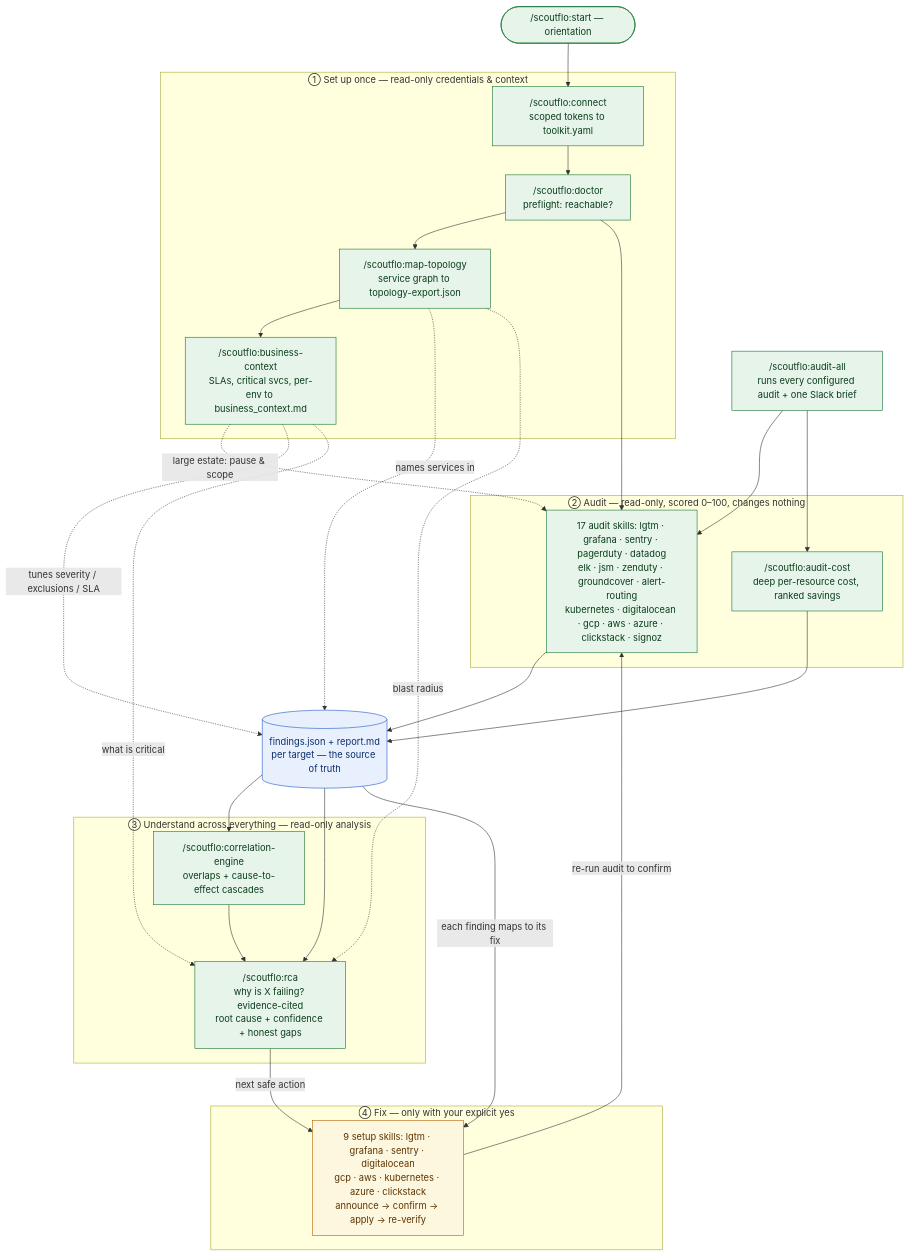
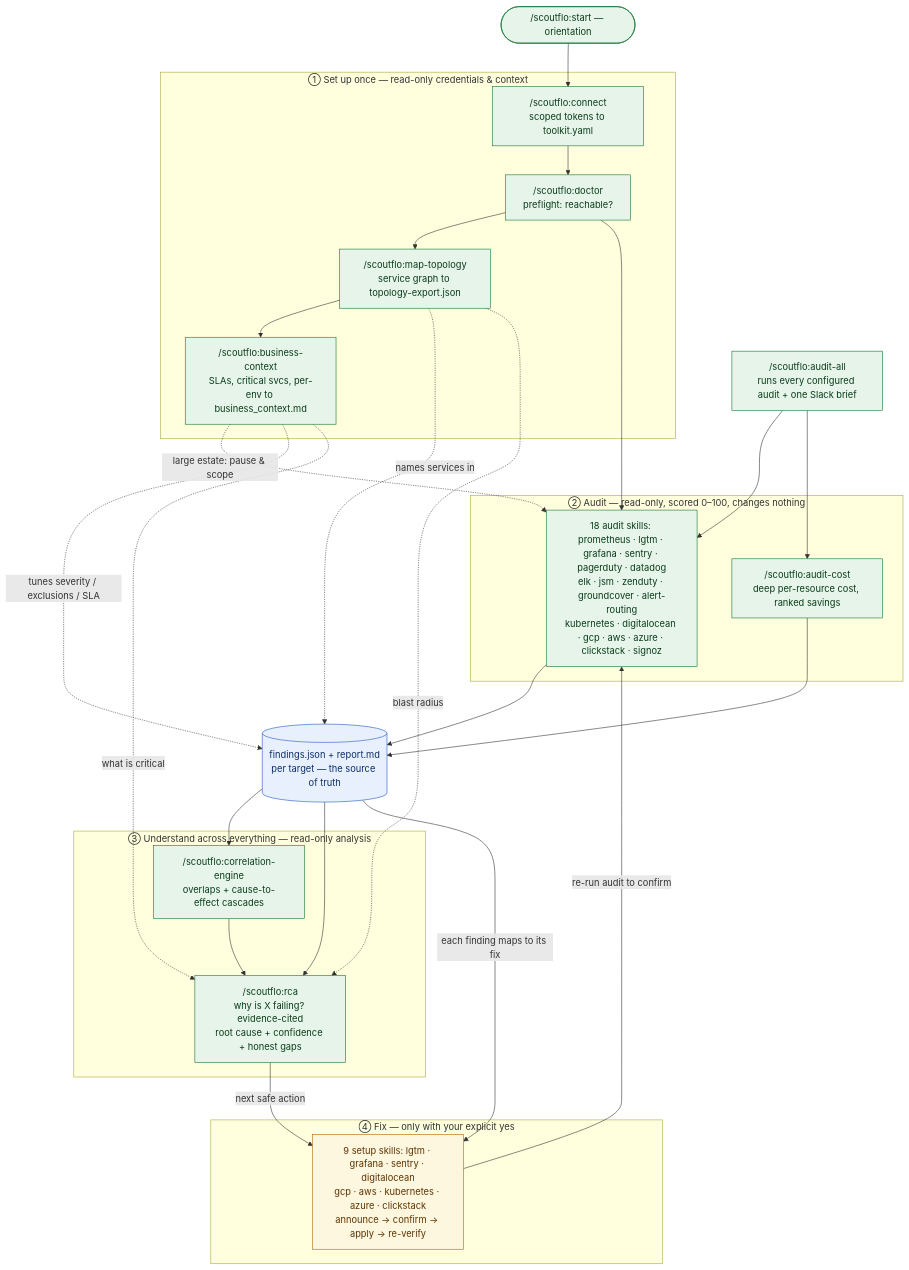
The diagram in README.md (Scoutflo/ai-readiness), drawn with Mermaid before and after one commit. The commit also changed other lines of this file and 17 other files, not shown here.

````diff
--- a/README.md
+++ b/README.md
@@ -16,54 +16,54 @@
 ```mermaid
 flowchart TD
     start(["/scoutflo:start — orientation"])
 
     subgraph SETUP["① Set up once — read-only credentials & context"]
         connect["/scoutflo:connect<br/>scoped tokens to toolkit.yaml"]
         doctor["/scoutflo:doctor<br/>preflight: reachable?"]
         topo["/scoutflo:map-topology<br/>service graph to topology-export.json"]
         bctx["/scoutflo:business-context<br/>SLAs, critical svcs, per-env to business_context.md"]
     end
 
     subgraph AUDIT["② Audit — read-only, scored 0–100, changes nothing"]
-        aud["17 audit skills: lgtm · grafana · sentry · pagerduty · datadog<br/>elk · jsm · zenduty · groundcover · alert-routing<br/>kubernetes · digitalocean · gcp · aws · azure · clickstack · signoz"]
+        aud["18 audit skills: prometheus · lgtm · grafana · sentry · pagerduty · datadog<br/>elk · jsm · zenduty · groundcover · alert-routing<br/>kubernetes · digitalocean · gcp · aws · azure · clickstack · signoz"]
         cost["/scoutflo:audit-cost<br/>deep per-resource cost, ranked savings"]
     end
 
     all["/scoutflo:audit-all<br/>runs every configured audit + one Slack brief"]
     findings[("findings.json + report.md<br/>per target — the source of truth")]
 
     subgraph CORRELATE["③ Understand across everything — read-only analysis"]
         corr["/scoutflo:correlation-engine<br/>overlaps + cause-to-effect cascades"]
         rca["/scoutflo:rca<br/>why is X failing? evidence-cited<br/>root cause + confidence + honest gaps"]
     end
 
     subgraph FIX["④ Fix — only with your explicit yes"]
         setup["9 setup skills: lgtm · grafana · sentry · digitalocean<br/>gcp · aws · kubernetes · azure · clickstack<br/>announce → confirm → apply → re-verify"]
     end
 
     start --> connect --> doctor
     doctor --> topo --> bctx
     bctx -.->|large estate: pause & scope| aud
     doctor --> aud
     aud --> findings
     cost --> findings
     all --> aud
     all --> cost
     topo -. names services in .-> findings
     bctx -. tunes severity / exclusions / SLA .-> findings
     findings --> corr
     corr --> rca
     topo -. blast radius .-> rca
     bctx -. what is critical .-> rca
     findings --> rca
     rca -->|next safe action| setup
     findings -->|each finding maps to its fix| setup
     setup -->|re-run audit to confirm| aud
 
     classDef ro fill:#e6f4ea,stroke:#137333,color:#0b3d1a;
     classDef write fill:#fef7e0,stroke:#b06000,color:#5c3400;
     classDef data fill:#e8f0fe,stroke:#1a56c4,color:#0b2e6b;
     class start,connect,doctor,topo,bctx,aud,cost,all,corr,rca ro;
     class setup write;
     class findings data;
 ```
````
